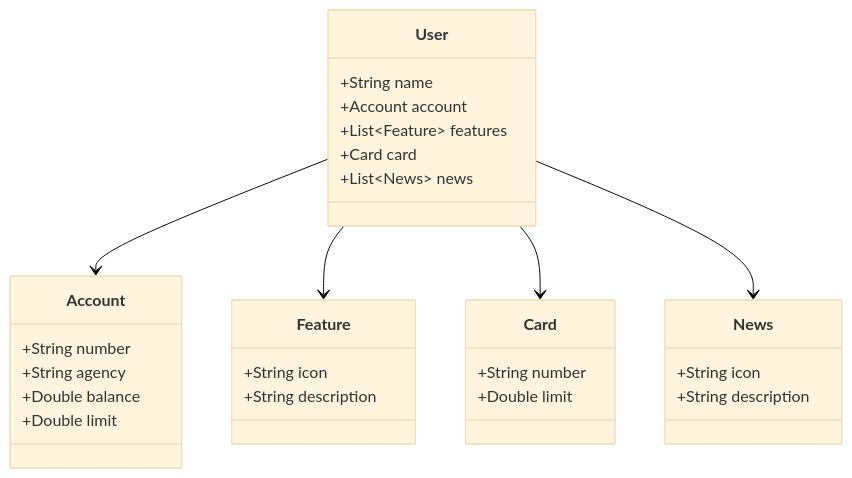
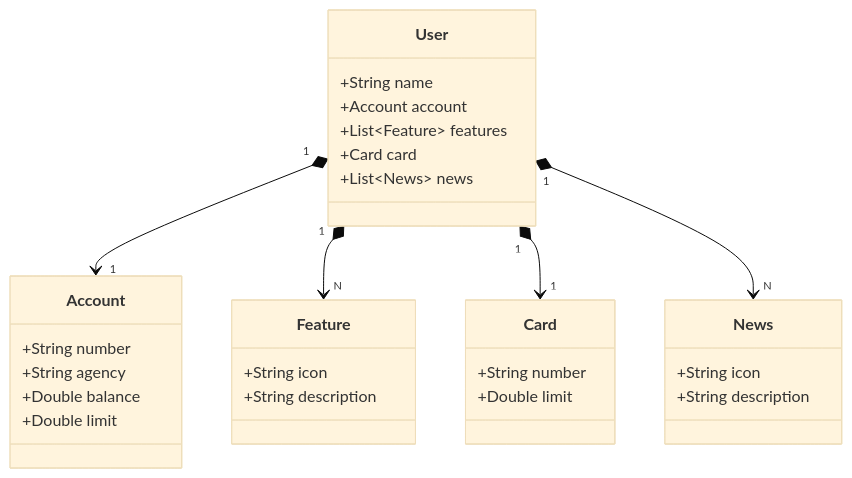
One commit to luisfilipex/Curso-JAVA changed the diagram in santander-dev-week/README.md. Above: the diagram before and after it, drawn with Mermaid (base theme).

````diff
--- a/santander-dev-week/README.md
+++ b/santander-dev-week/README.md
@@ -5,37 +5,37 @@
 ```mermaid
 classDiagram
     class User {
         +String name
         +Account account
         +List~Feature~ features
         +Card card
         +List~News~ news
     }
     
     class Account {
         +String number
         +String agency
         +Double balance
         +Double limit
     }
     
     class Feature {
         +String icon
         +String description
     }
     
     class Card {
         +String number
         +Double limit
     }
     
     class News {
         +String icon
         +String description
     }
 
-    User --> Account
-    User --> Feature
-    User --> Card
-    User --> News
+    User "1" *--> "1" Account
+    User "1" *--> "N" Feature
+    User "1" *--> "1" Card
+    User "1" *--> "N" News
 ```
````
